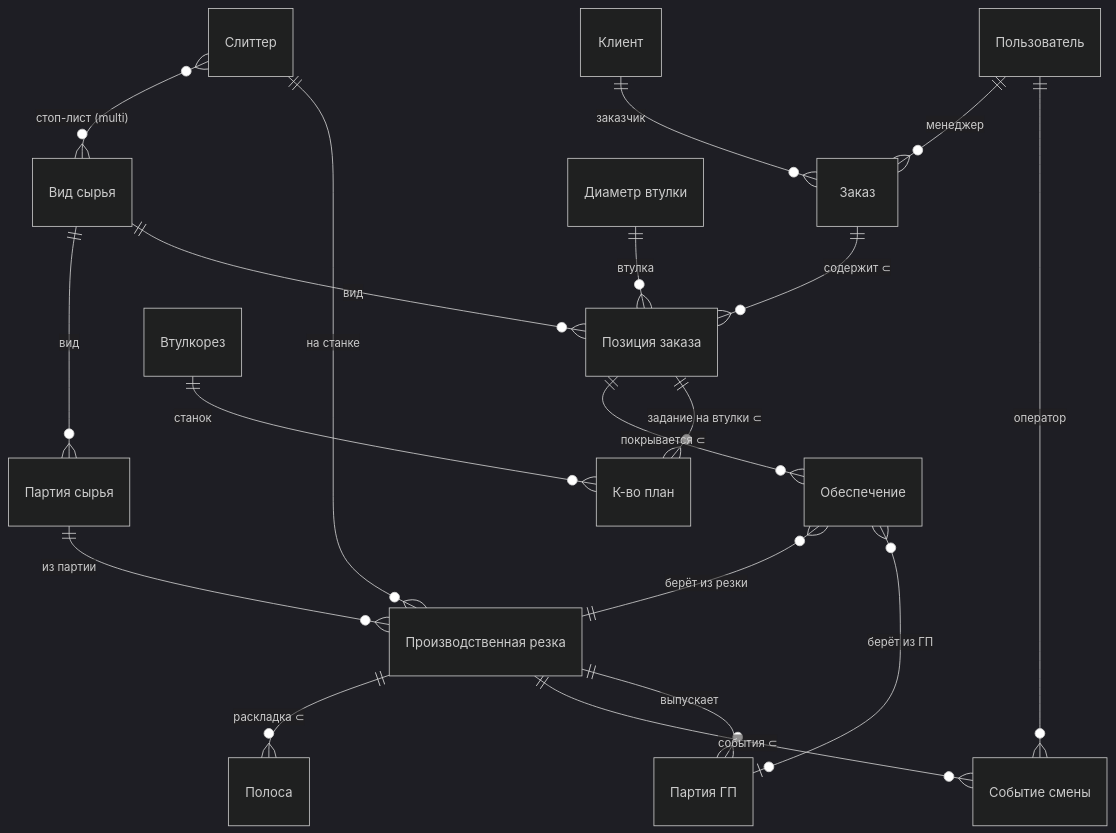
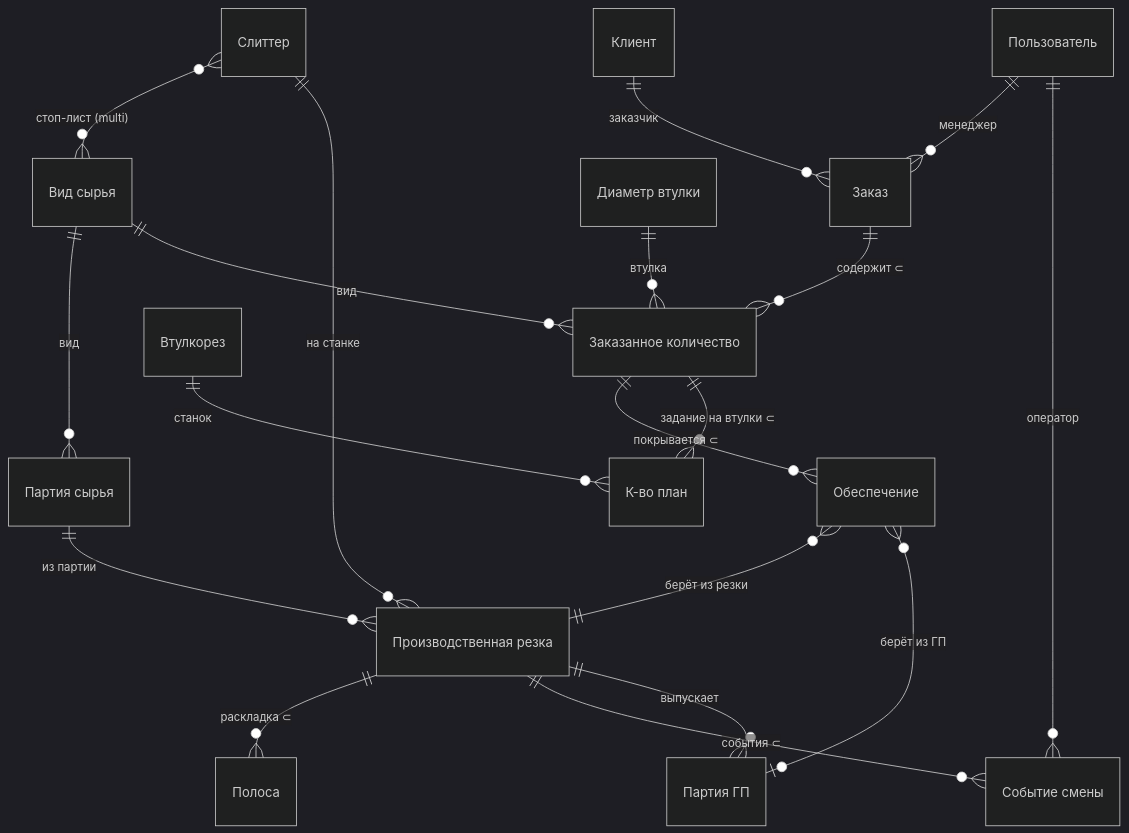
One commit to ideav/crm changed the first of 2 diagrams in docs/atex_data_schema.md. Above: the diagram before and after it, drawn with Mermaid (dark theme). The commit also changed other lines of this file and 10 other files, not shown here.

````diff
--- a/docs/atex_data_schema.md
+++ b/docs/atex_data_schema.md
@@ -90,21 +90,21 @@
 ```mermaid
 erDiagram
     "Вид сырья"            ||--o{ "Партия сырья"          : "вид"
-    "Вид сырья"            ||--o{ "Позиция заказа"        : "вид"
+    "Вид сырья"            ||--o{ "Заказанное количество"        : "вид"
     "Слиттер"             }o--o{ "Вид сырья"             : "стоп-лист (multi)"
     "Клиент"               ||--o{ "Заказ"                 : "заказчик"
     "Пользователь"         ||--o{ "Заказ"                 : "менеджер"
-    "Заказ"                ||--o{ "Позиция заказа"        : "содержит ⊂"
-    "Позиция заказа"       ||--o{ "Обеспечение"           : "покрывается ⊂"
-    "Позиция заказа"       ||--o{ "К-во план"             : "задание на втулки ⊂"
-    "Диаметр втулки"       ||--o{ "Позиция заказа"        : "втулка"
+    "Заказ"                ||--o{ "Заказанное количество"        : "содержит ⊂"
+    "Заказанное количество"       ||--o{ "Обеспечение"           : "покрывается ⊂"
+    "Заказанное количество"       ||--o{ "К-во план"             : "задание на втулки ⊂"
+    "Диаметр втулки"       ||--o{ "Заказанное количество"        : "втулка"
     "Втулкорез"            ||--o{ "К-во план"             : "станок"
     "Обеспечение"          }o--|| "Производственная резка": "берёт из резки"
     "Обеспечение"          }o--o| "Партия ГП"             : "берёт из ГП"
     "Слиттер"             ||--o{ "Производственная резка" : "на станке"
     "Партия сырья"         ||--o{ "Производственная резка" : "из партии"
     "Производственная резка" ||--o{ "Полоса"              : "раскладка ⊂"
     "Производственная резка" ||--o{ "Событие смены"        : "события ⊂"
     "Производственная резка" ||--o{ "Партия ГП"            : "выпускает"
     "Пользователь"         ||--o{ "Событие смены"          : "оператор"
 ```
````
